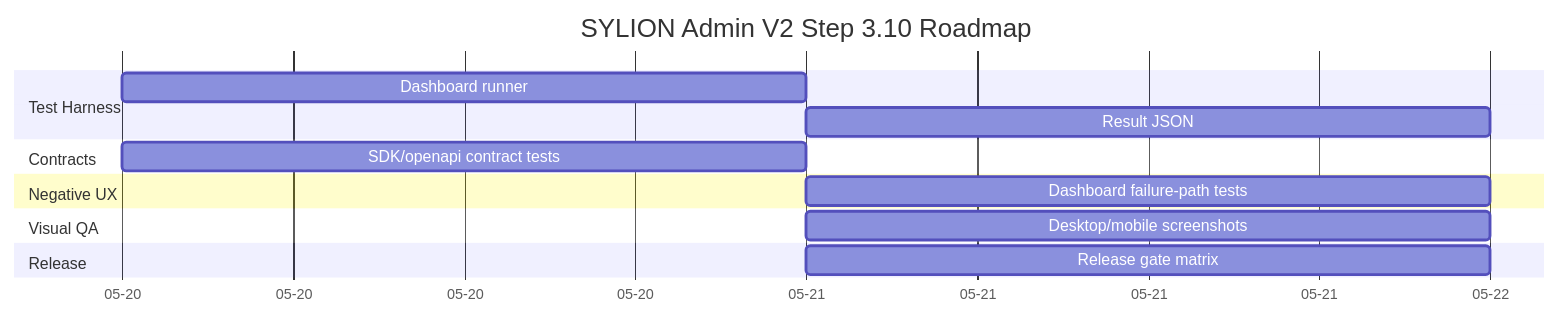
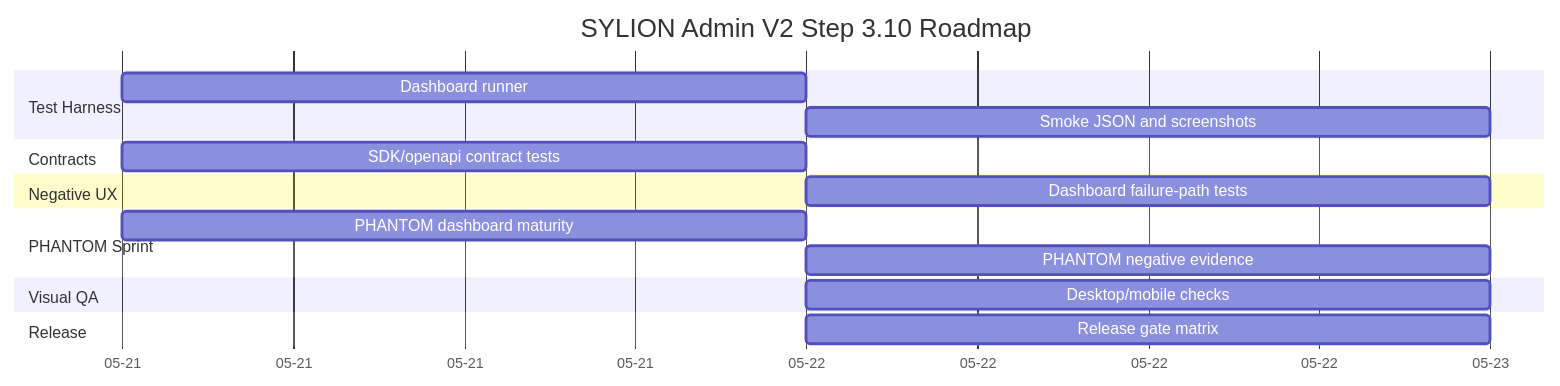
The eighth of 8 diagrams in docs/admin-panel-v2/47-step3-10-graphs-roadmap.md (officemexel-hash/sylion_secure), drawn with Mermaid before and after one commit. The commit also changed other lines of this file and 9 other files, not shown here.

Commit message:
Freeze Step 3.9 and plan Step 3.10 Phantom sprint

````diff
--- a/docs/admin-panel-v2/47-step3-10-graphs-roadmap.md
+++ b/docs/admin-panel-v2/47-step3-10-graphs-roadmap.md
@@ -52,17 +238,20 @@
 ```mermaid
 gantt
     title SYLION Admin V2 Step 3.10 Roadmap
     dateFormat  YYYY-MM-DD
     axisFormat  %m-%d
     section Test Harness
-    Dashboard runner                  :a1, 2026-05-20, 1d
-    Result JSON                       :a2, after a1, 1d
+    Dashboard runner                  :a1, 2026-05-21, 1d
+    Smoke JSON and screenshots        :a2, after a1, 1d
     section Contracts
-    SDK/openapi contract tests        :b1, 2026-05-20, 1d
+    SDK/openapi contract tests        :b1, 2026-05-21, 1d
     section Negative UX
     Dashboard failure-path tests      :c1, after a1, 1d
+    section PHANTOM Sprint
+    PHANTOM dashboard maturity        :p1, 2026-05-21, 1d
+    PHANTOM negative evidence         :p2, after p1, 1d
     section Visual QA
-    Desktop/mobile screenshots        :d1, after a1, 1d
+    Desktop/mobile checks             :d1, after a1, 1d
     section Release
     Release gate matrix               :e1, after b1, 1d
 ```
````
